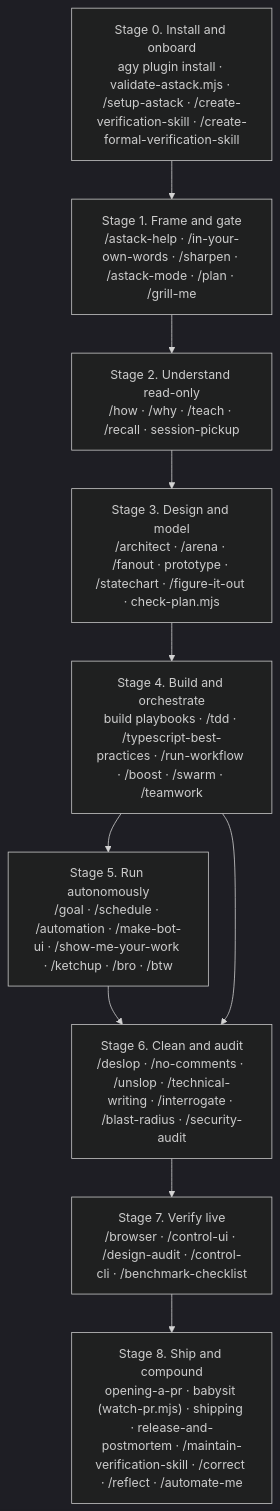
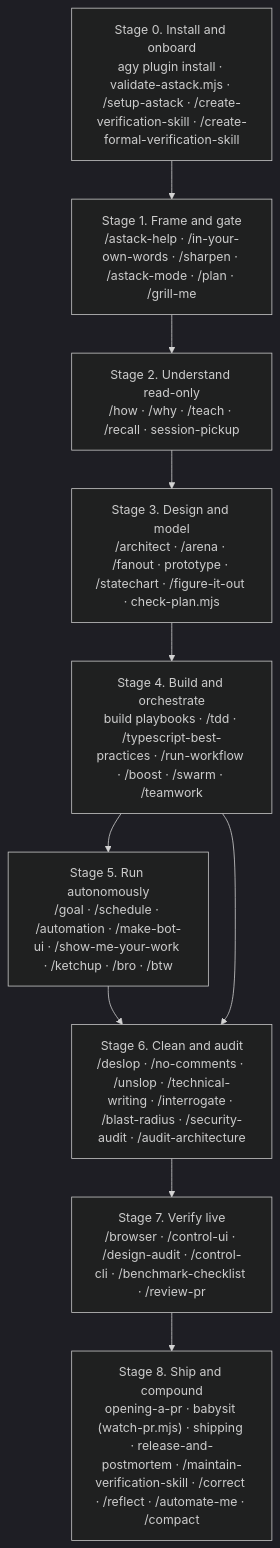
One commit to jmxt3/astack changed the diagram in docs/agent-timeline.md. Above: the diagram before and after it, drawn with Mermaid (dark theme). The commit also changed other lines of this file and 9 other files, not shown here.

````diff
--- a/docs/agent-timeline.md
+++ b/docs/agent-timeline.md
@@ -17,24 +17,24 @@
 ```mermaid
 flowchart TD
     S0["Stage 0. Install and onboard
 agy plugin install · validate-astack.mjs · /setup-astack · /create-verification-skill · /create-formal-verification-skill"]
     S1["Stage 1. Frame and gate
 /astack-help · /in-your-own-words · /sharpen · /astack-mode · /plan · /grill-me"]
     S2["Stage 2. Understand read-only
 /how · /why · /teach · /recall · session-pickup"]
     S3["Stage 3. Design and model
 /architect · /arena · /fanout · prototype · /statechart · /figure-it-out · check-plan.mjs"]
     S4["Stage 4. Build and orchestrate
 build playbooks · /tdd · /typescript-best-practices · /run-workflow · /boost · /swarm · /teamwork"]
     S5["Stage 5. Run autonomously
 /goal · /schedule · /automation · /make-bot-ui · /show-me-your-work · /ketchup · /bro · /btw"]
     S6["Stage 6. Clean and audit
-/deslop · /no-comments · /unslop · /technical-writing · /interrogate · /blast-radius · /security-audit"]
+/deslop · /no-comments · /unslop · /technical-writing · /interrogate · /blast-radius · /security-audit · /audit-architecture"]
     S7["Stage 7. Verify live
-/browser · /control-ui · /design-audit · /control-cli · /benchmark-checklist"]
+/browser · /control-ui · /design-audit · /control-cli · /benchmark-checklist · /review-pr"]
     S8["Stage 8. Ship and compound
-opening-a-pr · babysit (watch-pr.mjs) · shipping · release-and-postmortem · /maintain-verification-skill · /correct · /reflect · /automate-me"]
+opening-a-pr · babysit (watch-pr.mjs) · shipping · release-and-postmortem · /maintain-verification-skill · /correct · /reflect · /automate-me · /compact"]
 
     S0 --> S1 --> S2 --> S3 --> S4 --> S5 --> S6 --> S7 --> S8
     S4 --> S6
 ```
````
